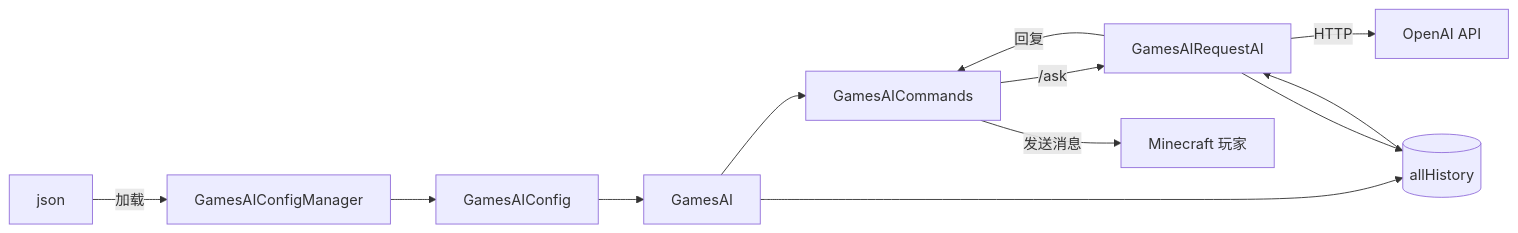
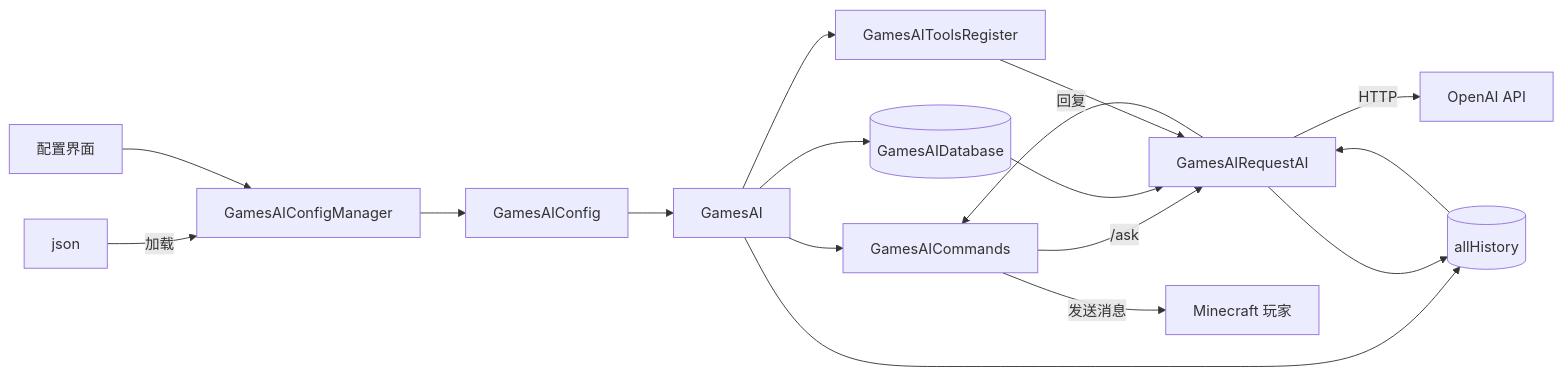
The diagram in README.zh-CN.md (PengZixuan30/GamesAI), drawn with Mermaid before and after one commit. The commit also changed other lines of this file and 22 other files, not shown here.

````diff
--- a/README.zh-CN.md
+++ b/README.zh-CN.md
@@ -173,14 +458,19 @@
 ```mermaid
 flowchart LR
     Config[json] -->|加载| Manager[GamesAIConfigManager]
     Manager --> Model[GamesAIConfig]
     Model --> Main[GamesAI]
     Main --> Cmd[GamesAICommands]
     Cmd -->|/ask| API[GamesAIRequestAI]
     API -->|HTTP| OpenAI[OpenAI API]
     Main --> History[(allHistory)]
     History --> API
     API --> History
     API -->|回复| Cmd
     Cmd -->|发送消息| Player[Minecraft 玩家]
+    Main --> DB[(GamesAIDatabase)]
+    DB --> API
+    Main --> Tools[GamesAIToolsRegister]
+    Tools --> API
+    GUI[配置界面] --> Manager
 ```
````
